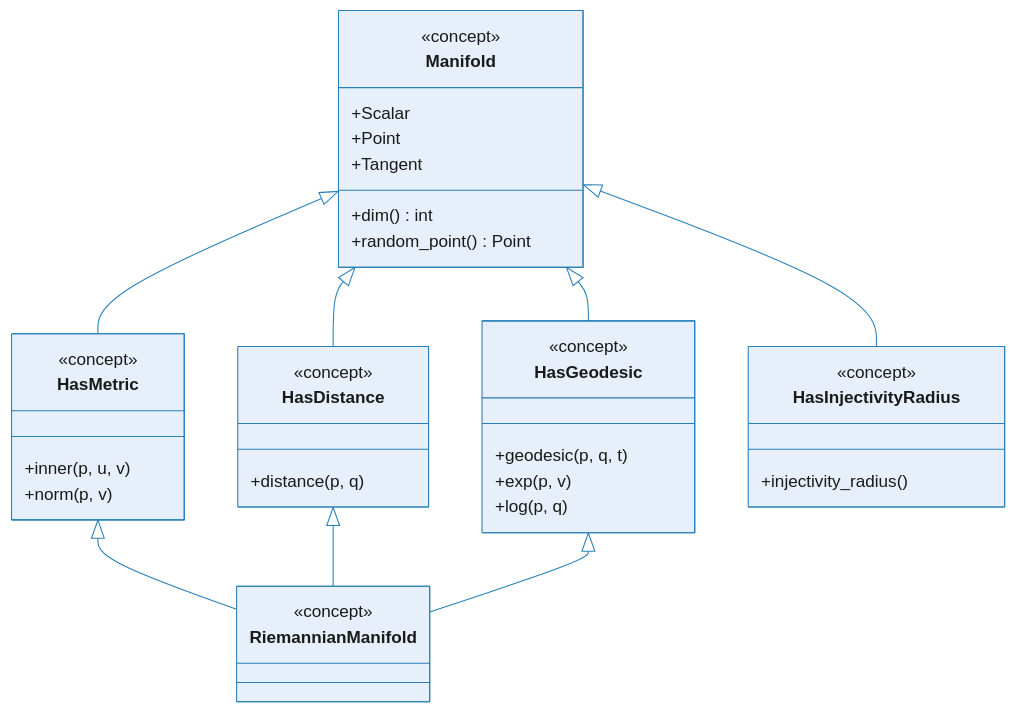
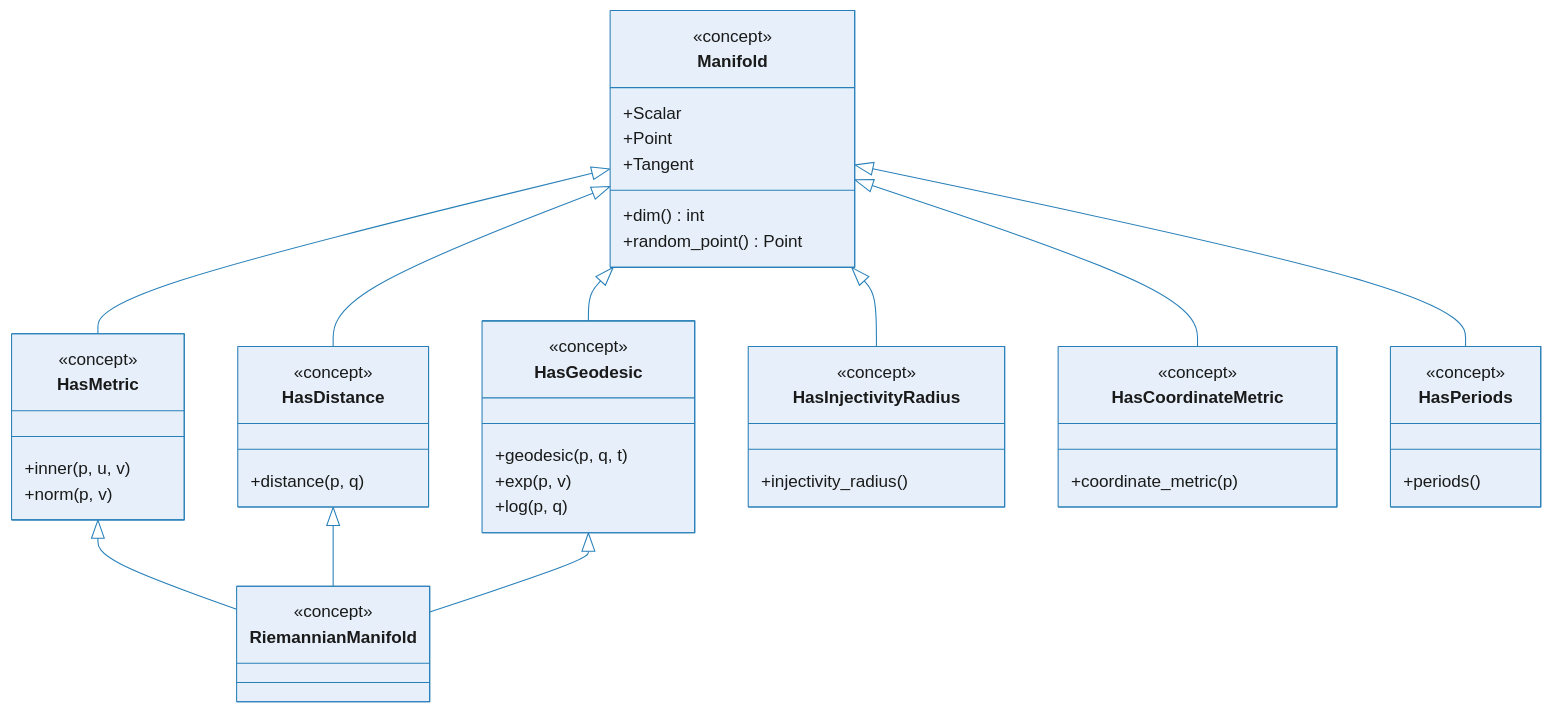
Before and after one commit to utiasSTARS/geodex: the first of 3 diagrams in docs/concepts/architecture.rst, drawn with Mermaid. The commit also changed other lines of this file and 329 other files, not shown here.

```diff
--- a/docs/concepts/architecture.rst
+++ b/docs/concepts/architecture.rst
@@ -17,49 +19,61 @@
 .. mermaid::
 
    %%{init: {'theme':'base','themeVariables':{'primaryColor':'#e7f0fa','primaryTextColor':'#1a1a1a','primaryBorderColor':'#2980b9','lineColor':'#2980b9','secondaryColor':'#e7f0fa','tertiaryColor':'#f7fbfe','background':'transparent'}}}%%
    classDiagram
        direction TB
 
        class Manifold {
            <<concept>>
            +Scalar
            +Point
            +Tangent
            +dim() int
            +random_point() Point
        }
 
        class HasMetric {
            <<concept>>
            +inner(p, u, v)
            +norm(p, v)
        }
 
        class HasDistance {
            <<concept>>
            +distance(p, q)
        }
 
        class HasGeodesic {
            <<concept>>
            +geodesic(p, q, t)
            +exp(p, v)
            +log(p, q)
        }
 
        class HasInjectivityRadius {
            <<concept>>
            +injectivity_radius()
        }
 
+       class HasCoordinateMetric {
+           <<concept>>
+           +coordinate_metric(p)
+       }
+
+       class HasPeriods {
+           <<concept>>
+           +periods()
+       }
+
        class RiemannianManifold {
            <<concept>>
        }
 
        Manifold <|-- HasMetric
        Manifold <|-- HasDistance
        Manifold <|-- HasGeodesic
        Manifold <|-- HasInjectivityRadius
+       Manifold <|-- HasCoordinateMetric
+       Manifold <|-- HasPeriods
        HasMetric <|-- RiemannianManifold
        HasDistance <|-- RiemannianManifold
        HasGeodesic <|-- RiemannianManifold
```
